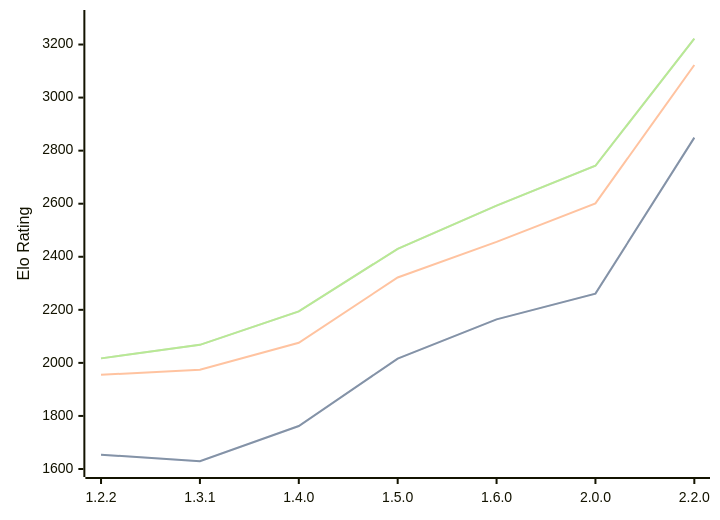
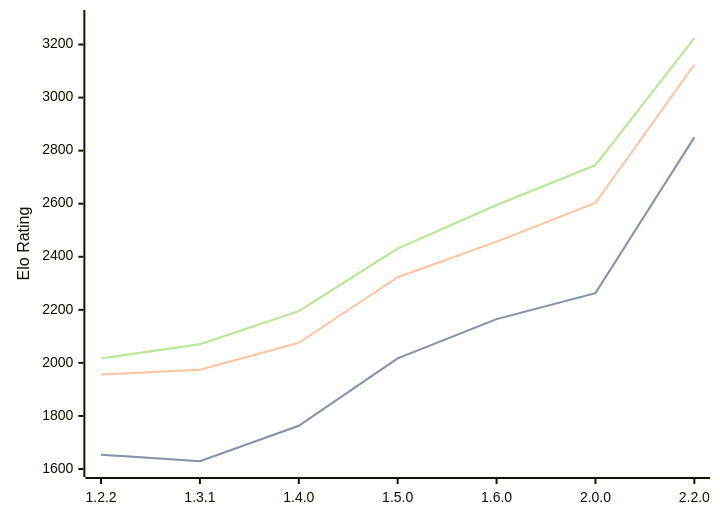
The diagram in engines/SoloEngine.md (computer-chess-index/cci), drawn with Mermaid before and after one commit. The commit also changed other lines of this file, not shown here.

Commit message:
Update CCI Ratings (ELO VLTC) - 2026-08-15

````diff
--- a/engines/SoloEngine.md
+++ b/engines/SoloEngine.md
@@ -38,11 +38,11 @@
 ```mermaid
 %%{init: {"theme":"base","themeVariables":{"seriesColors:['#a3a3a3','#222221','#faa371']}}}%%
 xychart-beta
   x-axis ["1.2.2", "1.3.1", "1.4.0", "1.5.0", "1.6.0", "2.0.0", "2.2.0"]
   y-axis "Elo Rating" 1600 --> 3300
-  line "STC (8.0+0.08s)" [1654, 1629, 1762, 2016, 2164, 2261, 2849]
-  line "STC (8.0+0.08s)" [1654, 1629, 1762, 2016, 2164, 2261, 2849]
-  line "LTC (60.0+0.60s)" [1955, 1974, 2076, 2322, 2456, 2601, 3123]
-  line "VLTC (2m24s+1.12s)" [2017, 2068, 2194, 2430, 2593, 2743, 3222]
-  line "VLTC (2m24s+1.12s)" [2017, 2068, 2194, 2430, 2593, 2743, 3222]
+  line "STC (8.0+0.08s)" [1654, 1629, 1763, 2017, 2165, 2263, 2850]
+  line "STC (8.0+0.08s)" [1654, 1629, 1763, 2017, 2165, 2263, 2850]
+  line "LTC (60.0+0.60s)" [1956, 1974, 2076, 2323, 2457, 2603, 3124]
+  line "VLTC (2m24s+1.12s)" [2017, 2070, 2195, 2431, 2595, 2745, 3224]
+  line "VLTC (2m24s+1.12s)" [2017, 2070, 2195, 2431, 2595, 2745, 3224]
 ```
````
